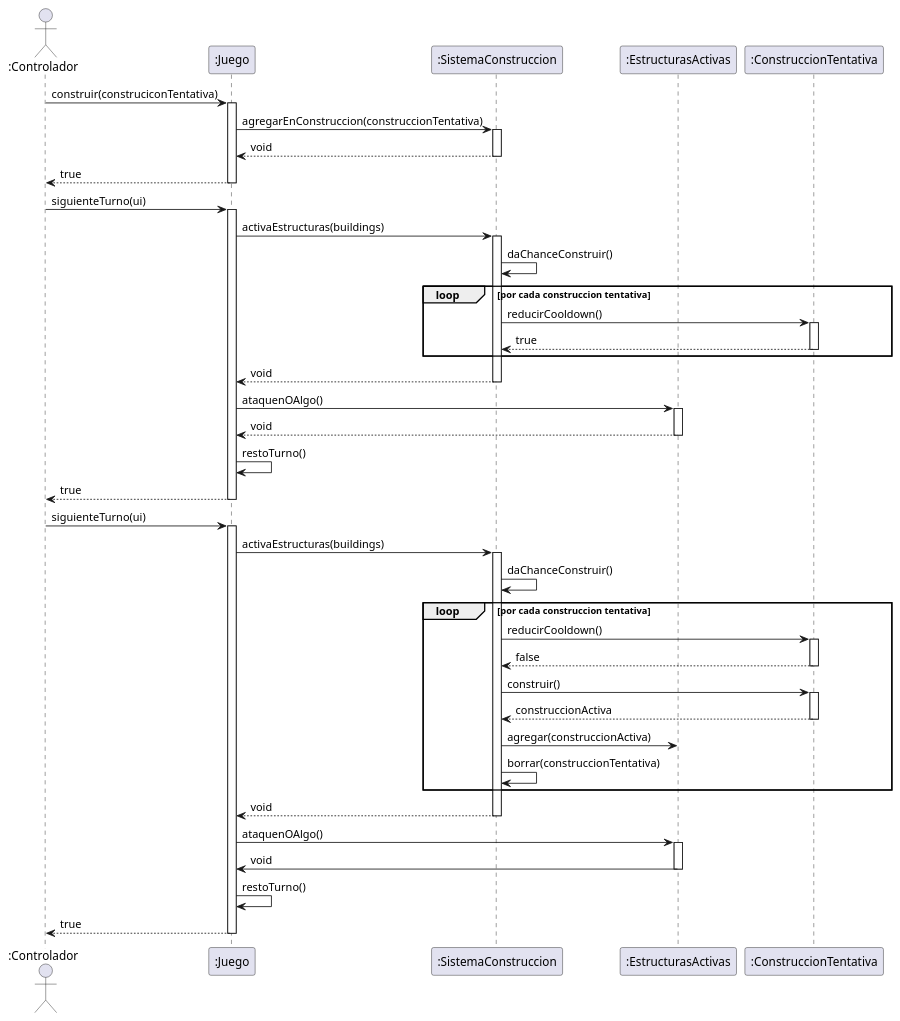
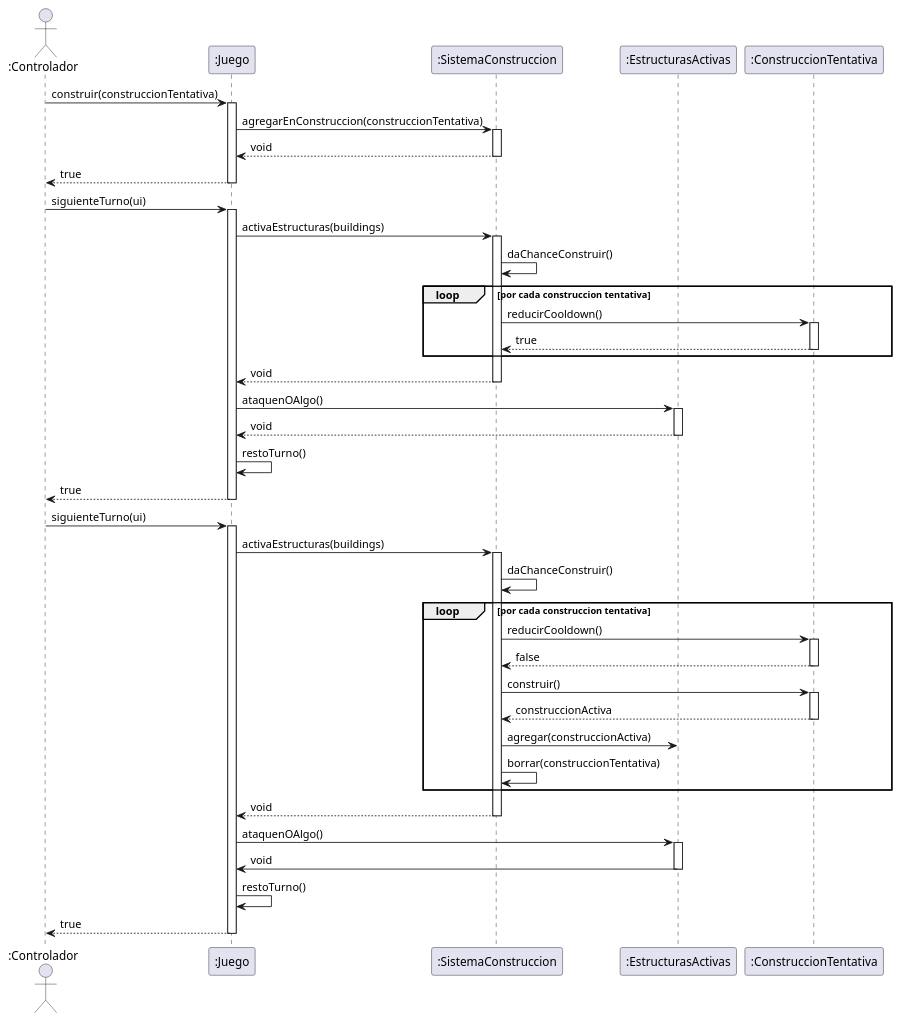
The diagram in diagrams/sequences/propuestasMarcelo/construccion/ideaCooldowns.puml (MarceloAgustinOrigoniGuillaume/Algo3_TP2_1C2023), drawn with PlantUML before and after one commit. The commit also changed 8 other files, not shown here.

```diff
--- a/diagrams/sequences/propuestasMarcelo/construccion/ideaCooldowns.puml
+++ b/diagrams/sequences/propuestasMarcelo/construccion/ideaCooldowns.puml
@@ -1,86 +1,86 @@
 @startuml
 
 Actor ":Controlador" as sis
 
 participant ":Juego" as Juego
 participant ":SistemaConstruccion" as builder
 participant ":EstructurasActivas" as buildings
 participant ":ConstruccionTentativa" as placing
 
 
 
-sis-> Juego: construir(construciconTentativa)
+sis-> Juego: construir(construccionTentativa)
 activate Juego
 
 Juego-> builder: agregarEnConstruccion(construccionTentativa)
 activate builder
 builder -->Juego : void
 deactivate builder
 Juego -->sis: true
 deactivate Juego
 
 
 sis->Juego : siguienteTurno(ui)
 activate Juego
 Juego->builder: activaEstructuras(buildings)
 activate builder
 builder->builder: daChanceConstruir()
 
 loop por cada construccion tentativa
 builder-> placing: reducirCooldown()
 activate placing
 placing --> builder: true
 deactivate placing
 end
 builder--> Juego: void
 deactivate builder
 
 Juego->buildings: ataquenOAlgo()
 activate buildings
 buildings --> Juego: void
 deactivate buildings
 Juego->Juego: restoTurno()
 
 Juego --> sis: true
 deactivate Juego
 
 
 
 sis->Juego : siguienteTurno(ui)
 activate Juego
 
 
 Juego->builder: activaEstructuras(buildings)
 activate builder
 
 builder->builder: daChanceConstruir()
 loop por cada construccion tentativa
 builder-> placing: reducirCooldown()
 activate placing
 placing --> builder: false
 deactivate placing
 builder-> placing : construir()
 activate placing
 placing --> builder: construccionActiva
 
 deactivate placing
 builder -> buildings: agregar(construccionActiva)
 builder -> builder: borrar(construccionTentativa)
 end
 
 
 builder--> Juego: void
 deactivate builder
 
 Juego->buildings: ataquenOAlgo()
 activate buildings
 buildings -> Juego: void
 deactivate buildings
 
 Juego->Juego: restoTurno()
 
 Juego --> sis: true
 deactivate Juego
 
 
 @enduml
```
